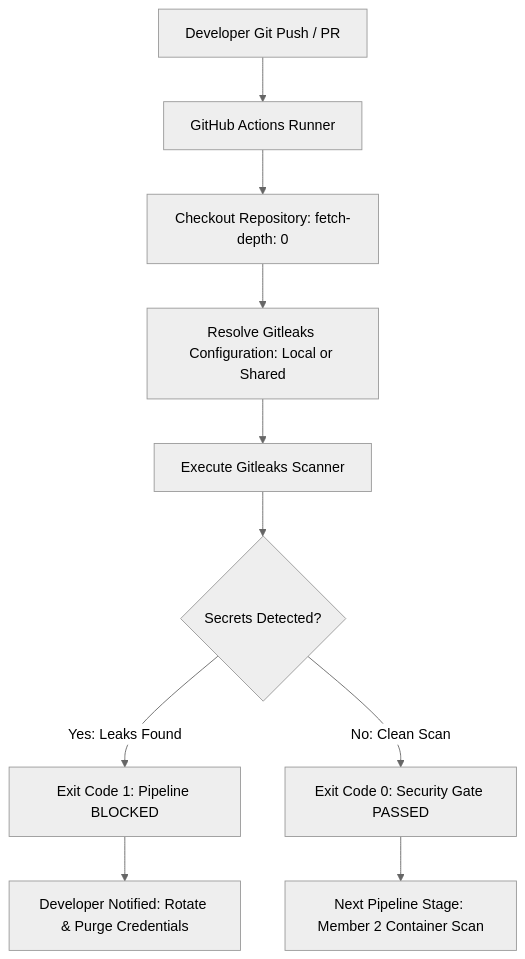
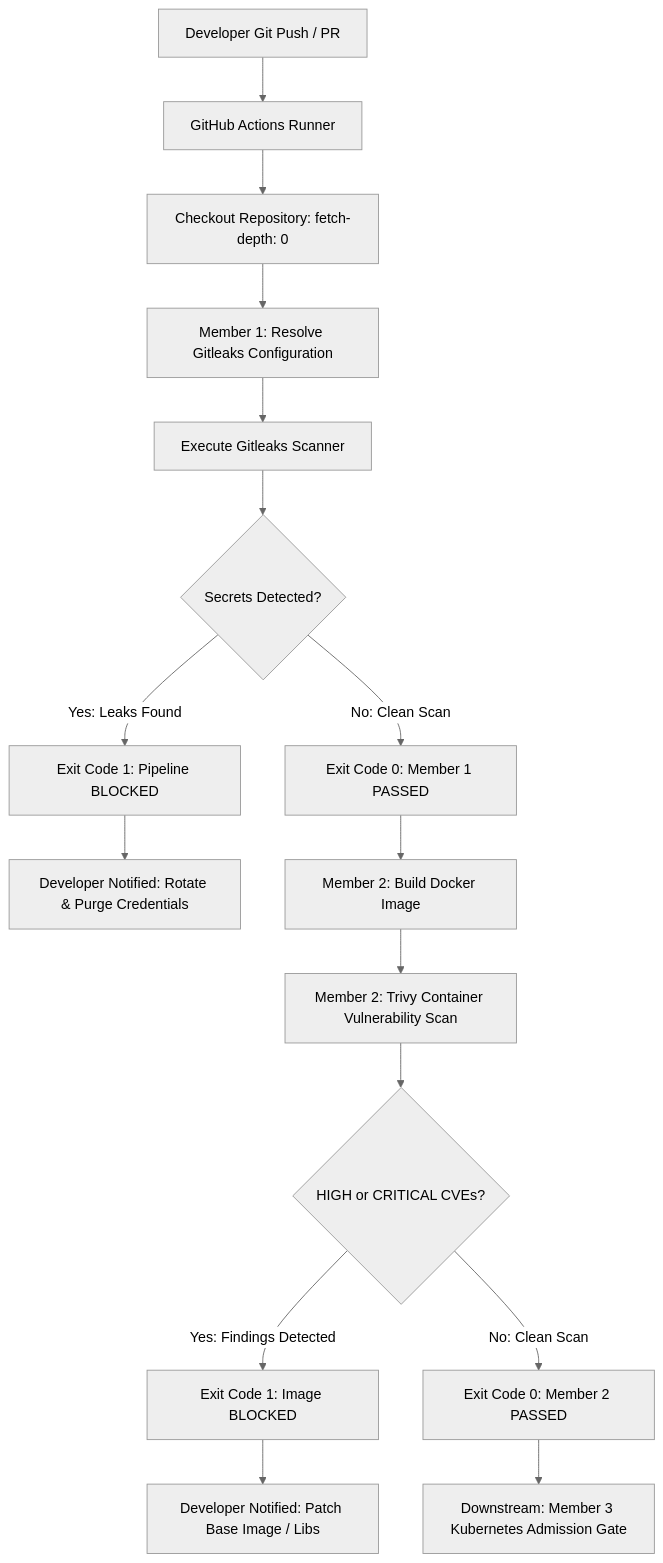
One commit to Akansha1425/automated-local-devsecops changed the diagram in README.md. Above: the diagram before and after it, drawn with Mermaid (neutral theme). The commit also changed other lines of this file and 12 other files, not shown here.

````diff
--- a/README.md
+++ b/README.md
@@ -48,12 +51,18 @@
 ```mermaid
 flowchart TD
     A[Developer Git Push / PR] --> B[GitHub Actions Runner]
     B --> C[Checkout Repository: fetch-depth: 0]
-    C --> D[Resolve Gitleaks Configuration: Local or Shared]
+    C --> D[Member 1: Resolve Gitleaks Configuration]
     D --> E[Execute Gitleaks Scanner]
     E --> F{Secrets Detected?}
     F -- Yes: Leaks Found --> G[Exit Code 1: Pipeline BLOCKED]
-    F -- No: Clean Scan --> H[Exit Code 0: Security Gate PASSED]
+    F -- No: Clean Scan --> H[Exit Code 0: Member 1 PASSED]
     G --> I[Developer Notified: Rotate & Purge Credentials]
-    H --> J[Next Pipeline Stage: Member 2 Container Scan]
+    H --> J[Member 2: Build Docker Image]
+    J --> K[Member 2: Trivy Container Vulnerability Scan]
+    K --> L{HIGH or CRITICAL CVEs?}
+    L -- Yes: Findings Detected --> M[Exit Code 1: Image BLOCKED]
+    L -- No: Clean Scan --> N[Exit Code 0: Member 2 PASSED]
+    M --> O[Developer Notified: Patch Base Image / Libs]
+    N --> P[Downstream: Member 3 Kubernetes Admission Gate]
 ```
````
